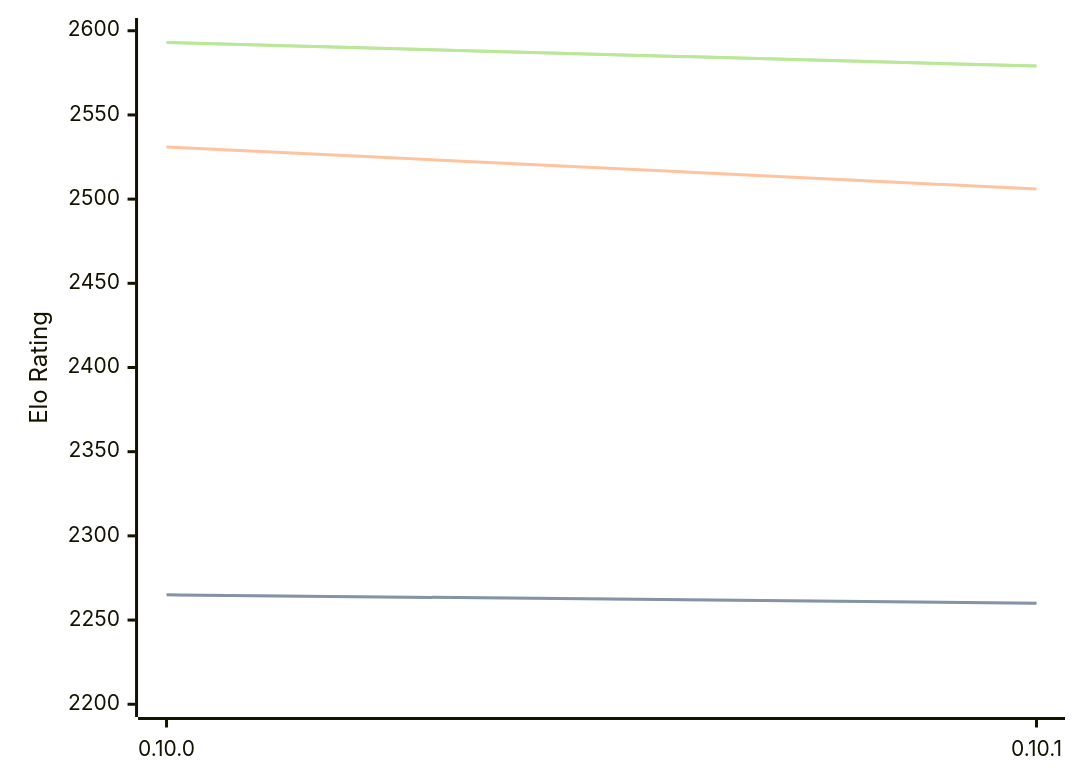
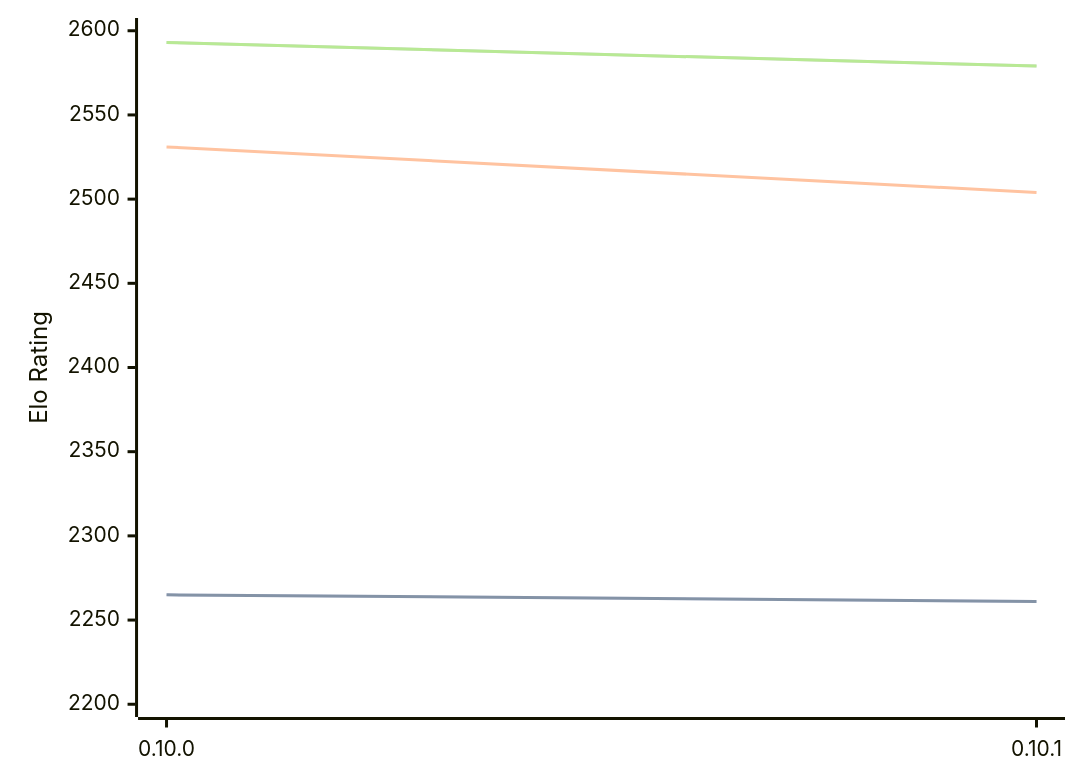
The first of 3 diagrams in engines/Fatalii.md (computer-chess-index/cci), drawn with Mermaid before and after one commit. The commit also changed other lines of this file, not shown here.

````diff
--- a/engines/Fatalii.md
+++ b/engines/Fatalii.md
@@ -46,11 +46,11 @@
 ```mermaid
 %%{init: {"theme":"base","themeVariables":{"seriesColors:['#a3a3a3','#222221','#faa371']}}}%%
 xychart-beta
   x-axis ["0.10.0", "0.10.1"]
   y-axis "Elo Rating" 2200 --> 2600
-  line "STC (8.0+0.08s)" [2265, 2260]
-  line "STC (8.0+0.08s)" [2265, 2260]
-  line "LTC (60.0+0.60s)" [2531, 2506]
+  line "STC (8.0+0.08s)" [2265, 2261]
+  line "STC (8.0+0.08s)" [2265, 2261]
+  line "LTC (60.0+0.60s)" [2531, 2504]
   line "VLTC (2m24s+1.12s)" [2593, 2579]
   line "VLTC (2m24s+1.12s)" [2593, 2579]
 ```
````
